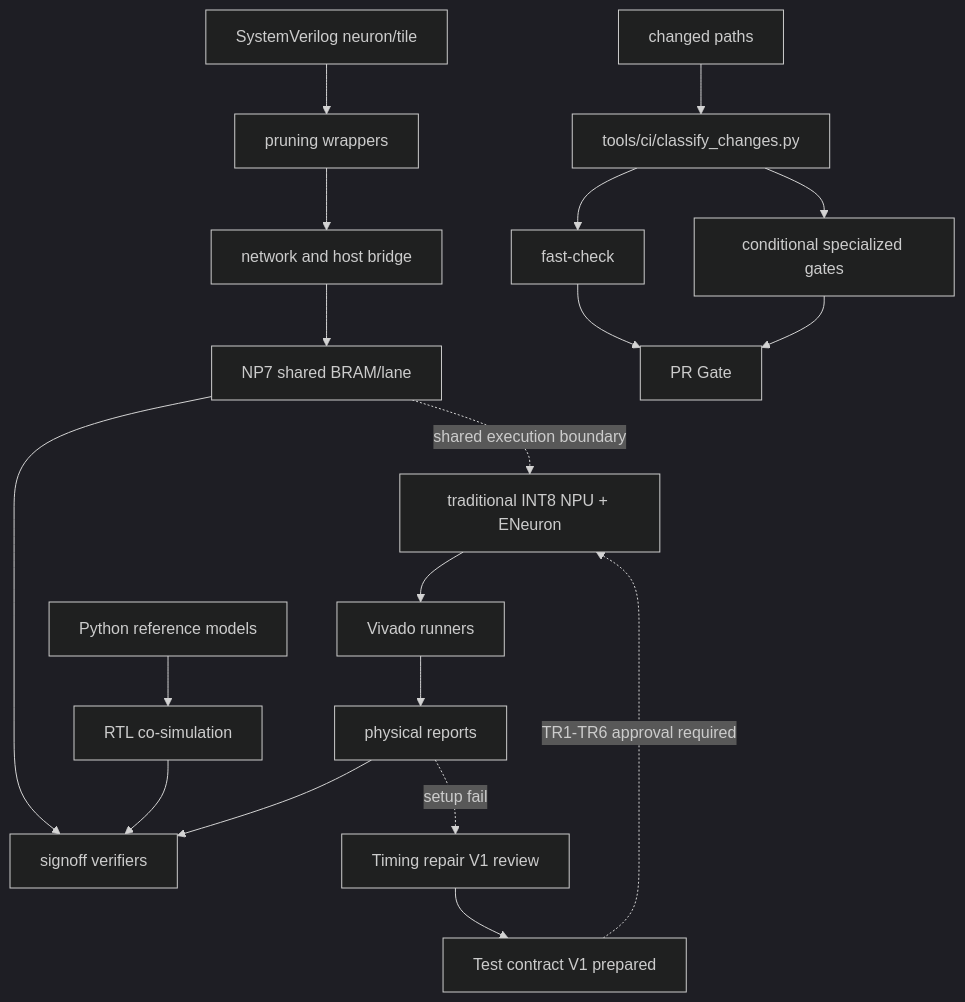
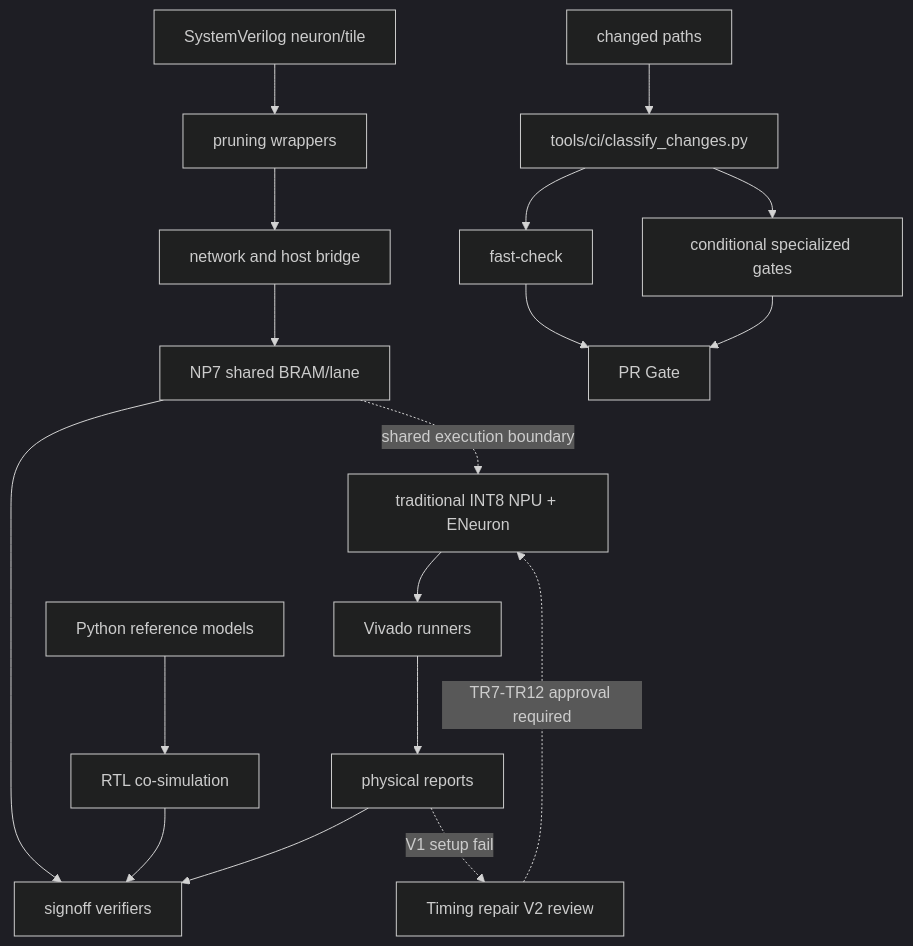
Before and after one commit to Epslion404/ENeuron: the diagram in .nexus-map/arch/dependencies.md, drawn with Mermaid (dark theme). The commit also changed other lines of this file and 25 other files, not shown here.

Commit message:
test: record four-DSP OOC timing evidence

````diff
--- a/.nexus-map/arch/dependencies.md
+++ b/.nexus-map/arch/dependencies.md
@@ -7,21 +7,20 @@
 ```mermaid
 graph TD
   ref[Python reference models] --> cosim[RTL co-simulation]
   rtl[SystemVerilog neuron/tile] --> wrap[pruning wrappers]
   wrap --> net[network and host bridge]
   net --> np7[NP7 shared BRAM/lane]
   np7 --> verify[signoff verifiers]
   cosim --> verify[signoff verifiers]
   vivado[Vivado runners] --> reports[physical reports]
   reports --> verify
-  reports -. setup fail .-> timing[Timing repair V1 review]
-  timing --> testcontract[Test contract V1 prepared]
-  testcontract -. TR1-TR6 approval required .-> npu
+  reports -. V1 setup fail .-> timing[Timing repair V2 review]
+  timing -. TR7-TR12 approval required .-> npu
   np7 -. shared execution boundary .-> npu[traditional INT8 NPU + ENeuron]
   npu --> vivado
   changes[changed paths] --> classify[tools/ci/classify_changes.py]
   classify --> fast[fast-check]
   classify --> specialized[conditional specialized gates]
   fast --> gate[PR Gate]
   specialized --> gate
 ```
````
